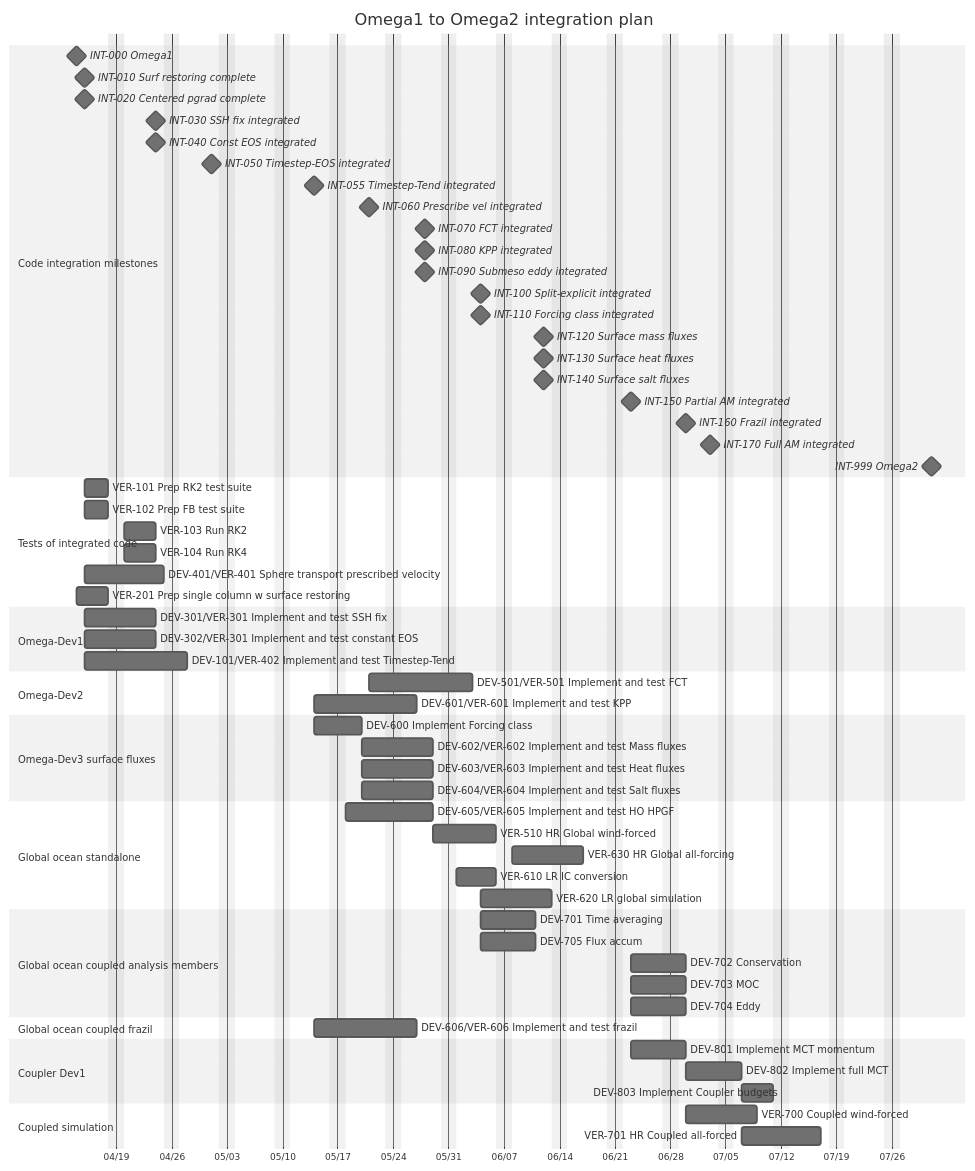
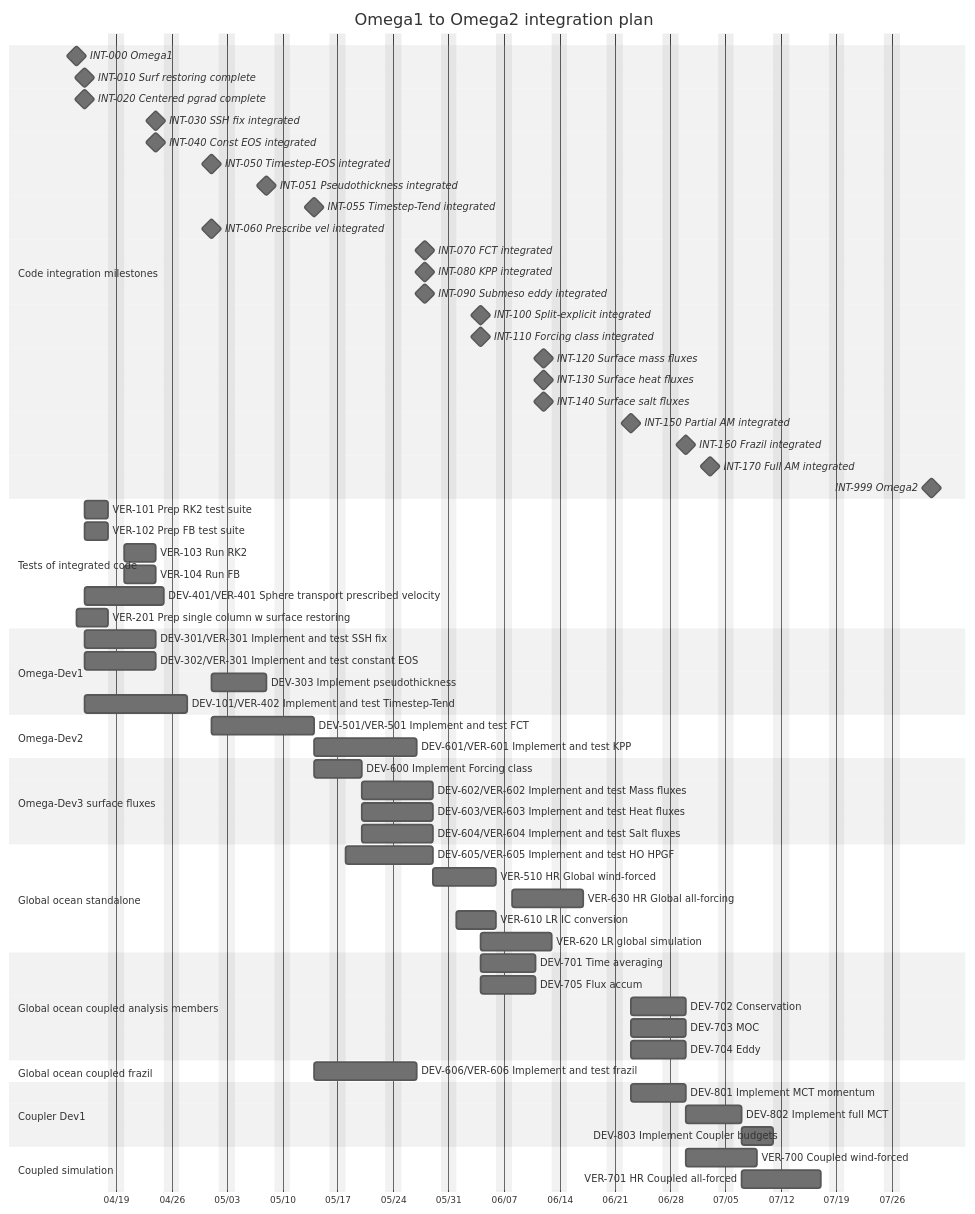
One commit to E3SM-Project/E3SM changed the first of 2 diagrams in components/omega/doc/design/README.md. Above: the diagram before and after it, drawn with Mermaid (neutral theme). The commit also changed other lines of this file, not shown here.

```diff
--- a/components/omega/doc/design/README.md
+++ b/components/omega/doc/design/README.md
@@ -18,9 +18,10 @@
     INT-020 Centered pgrad complete   :milestone, pgrad_done, 2026-04-15, 0d
     INT-030 SSH fix integrated        :milestone, ssh_done, 2026-04-24, 0d
     INT-040 Const EOS integrated      :milestone, eos_done, 2026-04-24, 0d
-    INT-050 Timestep-EOS integrated  :milestone, tt_done, 2026-05-01, 0d
+    INT-050 Timestep-EOS integrated  :milestone, teos_done, 2026-05-01, 0d
+    INT-051 Pseudothickness integrated  :milestone, pt_done, 2026-05-08, 0d
     INT-055 Timestep-Tend integrated  :milestone, tt_done, 2026-05-14, 0d
-    INT-060 Prescribe vel integrated  :milestone, pv_done, 2026-05-21, 0d
+    INT-060 Prescribe vel integrated  :milestone, pv_done, 2026-05-01, 0d
     INT-070 FCT integrated            :milestone, fct_done, 2026-05-28, 0d
     INT-080 KPP integrated            :milestone, kpp_done, 2026-05-28, 0d
     INT-090 Submeso eddy integrated   :milestone, submeso_done, 2026-05-28, 0d
@@ -38,7 +39,7 @@
     VER-101 Prep RK2 test suite                     :ver101, 2026-04-15, 3d
     VER-102 Prep FB test suite                      :ver102, 2026-04-15, 3d
     VER-103 Run RK2                                 :ver103, after ver101, 4d
-    VER-104 Run RK4                                 :ver104, after ver102, 4d
+    VER-104 Run FB                                :ver104, after ver102, 4d
 
     DEV-401/VER-401 Sphere transport prescribed velocity :devver401, 2026-04-15, 8d
 
@@ -47,6 +48,7 @@
     section Omega-Dev1
     DEV-301/VER-301 Implement and test SSH fix      :devver301, after pgrad_done, 7d
     DEV-302/VER-301 Implement and test constant EOS :devver302, after pgrad_done, 7d
+    DEV-303 Implement pseudothickness :: dev303, after teos_done, 5d
 
     DEV-101/VER-402 Implement and test Timestep-Tend:devver101, after pgrad_done, 9d
 
```
